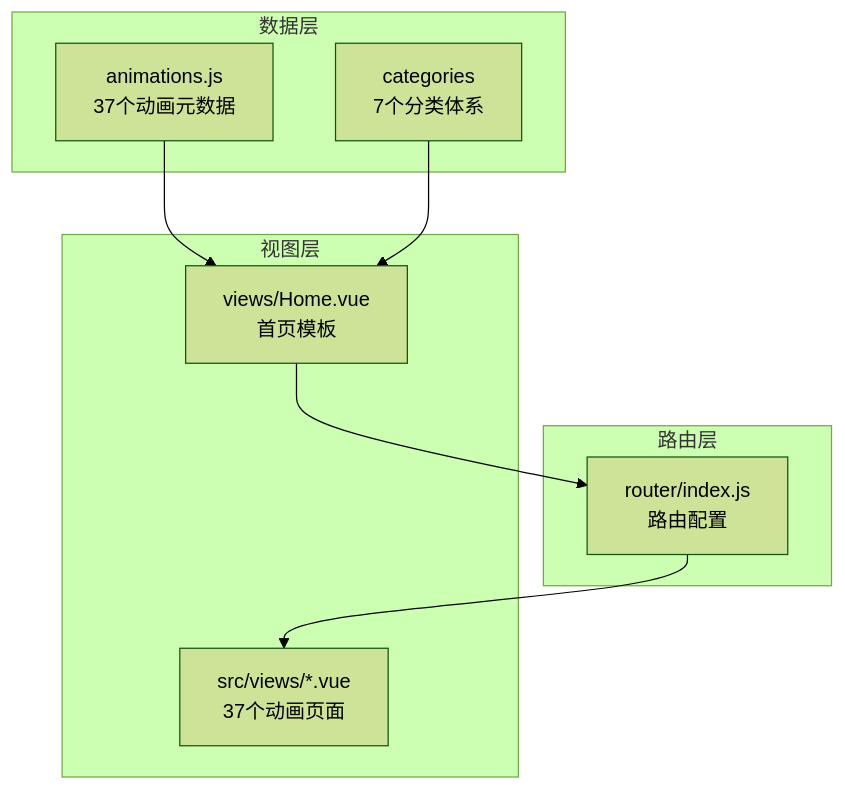
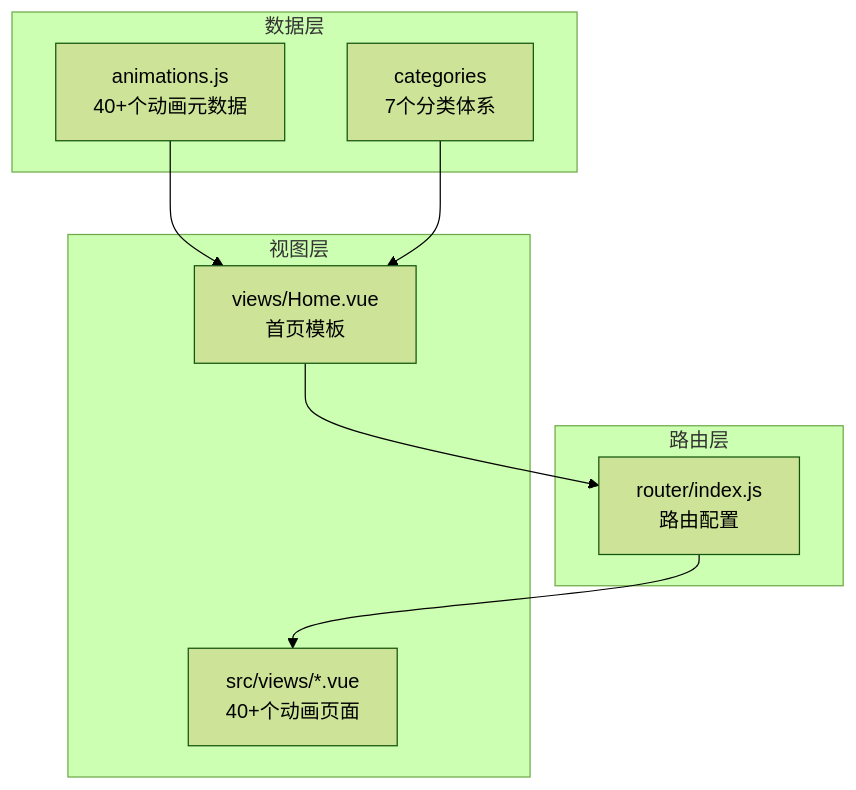
The second of 14 diagrams in .qoder/repowiki/zh/content/动画系统/动画系统.md (yuyezhizhi/yuyezhizhi.github.io), drawn with Mermaid (forest theme) before and after one commit. The commit also changed other lines of this file and 10 other files, not shown here.

````diff
--- a/.qoder/repowiki/zh/content/动画系统/动画系统.md
+++ b/.qoder/repowiki/zh/content/动画系统/动画系统.md
@@ -93,18 +104,18 @@
 ```mermaid
 graph TB
 subgraph "数据层"
-Anim["animations.js<br/>37个动画元数据"]
+Anim["animations.js<br/>40+个动画元数据"]
 Cats["categories<br/>7个分类体系"]
 end
 subgraph "路由层"
 Router["router/index.js<br/>路由配置"]
 end
 subgraph "视图层"
 Home["views/Home.vue<br/>首页模板"]
-Page["src/views/*.vue<br/>37个动画页面"]
+Page["src/views/*.vue<br/>40+个动画页面"]
 end
 Anim --> Home
 Cats --> Home
 Home --> Router
 Router --> Page
 ```
````
